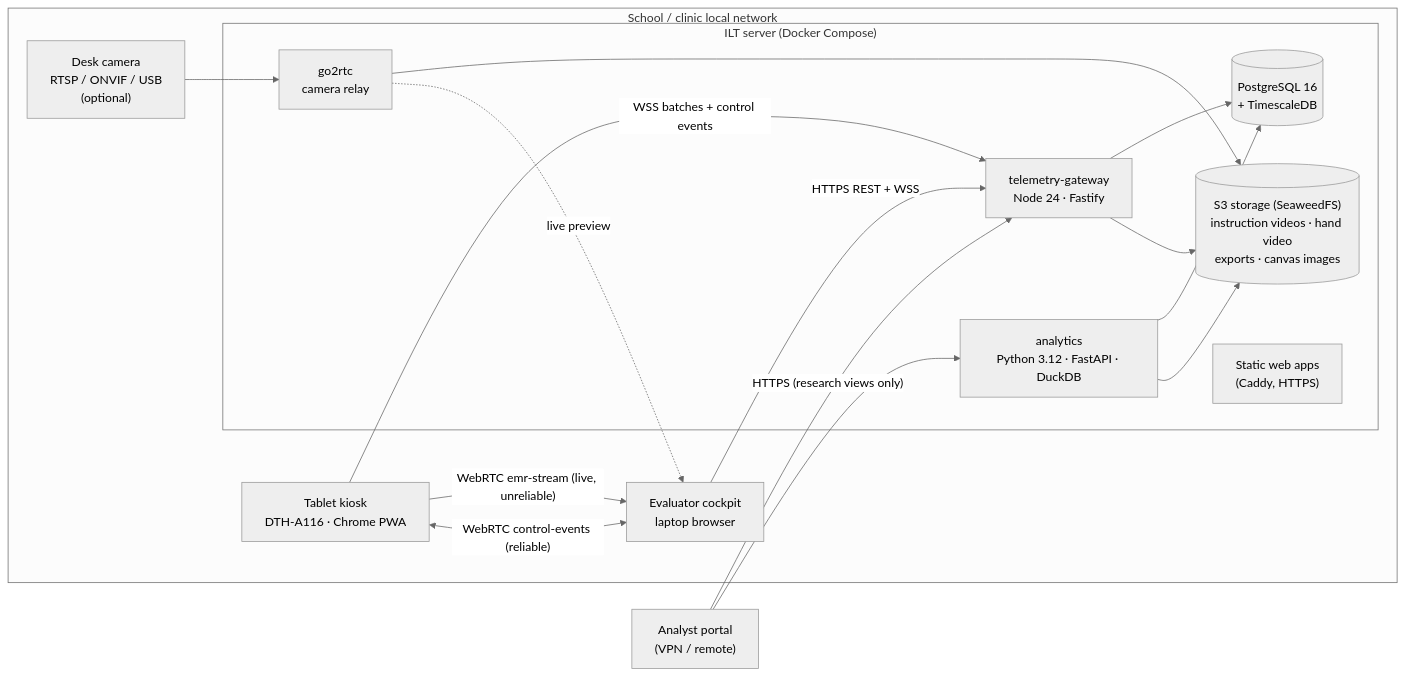
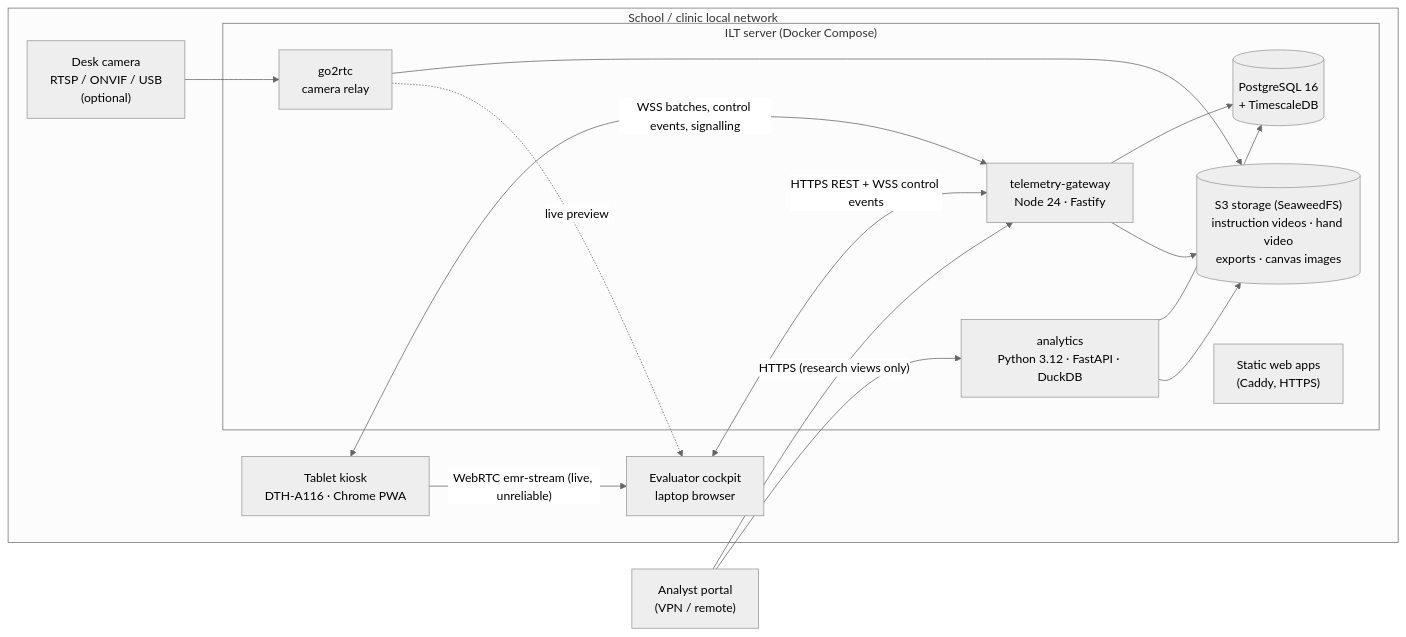
The diagram in Documents/02_System_Architecture/ILT_System_Architecture_and_Specifications_v5.6_EN.md (yakig1-sketch/ILT_Project_2026), drawn with Mermaid (neutral theme) before and after one commit. The commit also changed other lines of this file and 47 other files, not shown here.

````diff
--- a/Documents/02_System_Architecture/ILT_System_Architecture_and_Specifications_v5.6_EN.md
+++ b/Documents/02_System_Architecture/ILT_System_Architecture_and_Specifications_v5.6_EN.md
@@ -27,30 +27,29 @@
 ```mermaid
 flowchart LR
   subgraph Site["School / clinic local network"]
     T["Tablet kiosk<br/>DTH-A116 · Chrome PWA"]
     C["Evaluator cockpit<br/>laptop browser"]
     CAM["Desk camera<br/>RTSP / ONVIF / USB<br/>(optional)"]
     subgraph S["ILT server (Docker Compose)"]
       GW["telemetry-gateway<br/>Node 24 · Fastify"]
       AN["analytics<br/>Python 3.12 · FastAPI · DuckDB"]
       DB[("PostgreSQL 16<br/>+ TimescaleDB")]
       OBJ[("S3 storage (SeaweedFS)<br/>instruction videos · hand video<br/>exports · canvas images")]
       RTC["go2rtc<br/>camera relay"]
       WEB["Static web apps<br/>(Caddy, HTTPS)"]
     end
   end
   AP["Analyst portal<br/>(VPN / remote)"]
 
   T -- "WebRTC emr-stream (live, unreliable)" --> C
-  T <-- "WebRTC control-events (reliable)" --> C
-  T -- "WSS batches + control events" --> GW
-  C -- "HTTPS REST + WSS" --> GW
+  T <-- "WSS batches, control events, signalling" --> GW
+  C <-- "HTTPS REST + WSS control events" --> GW
   GW --> DB
   GW --> OBJ
   AN --> DB
   AN --> OBJ
   CAM --> RTC --> OBJ
   RTC -. "live preview" .-> C
   AP -- "HTTPS (research views only)" --> GW
   AP --> AN
 ```
````
